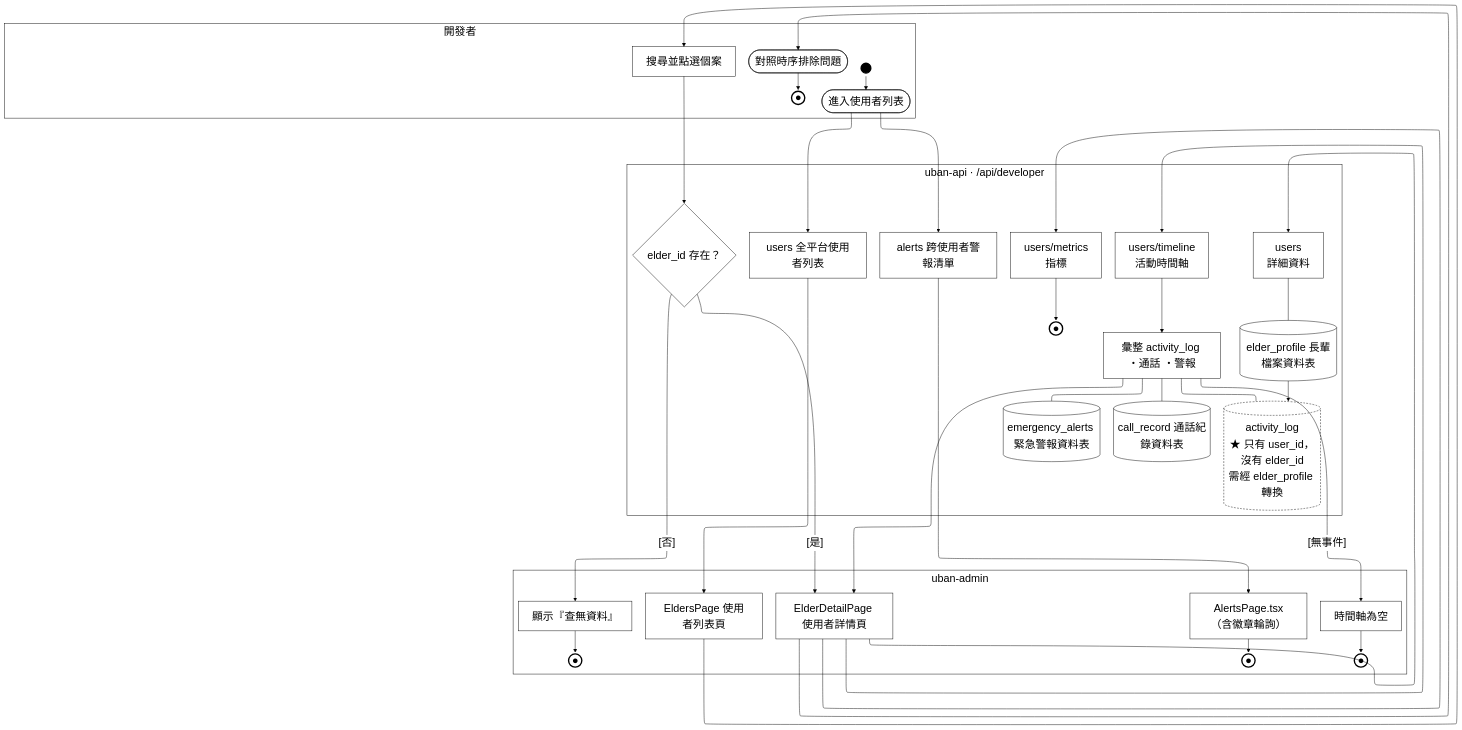
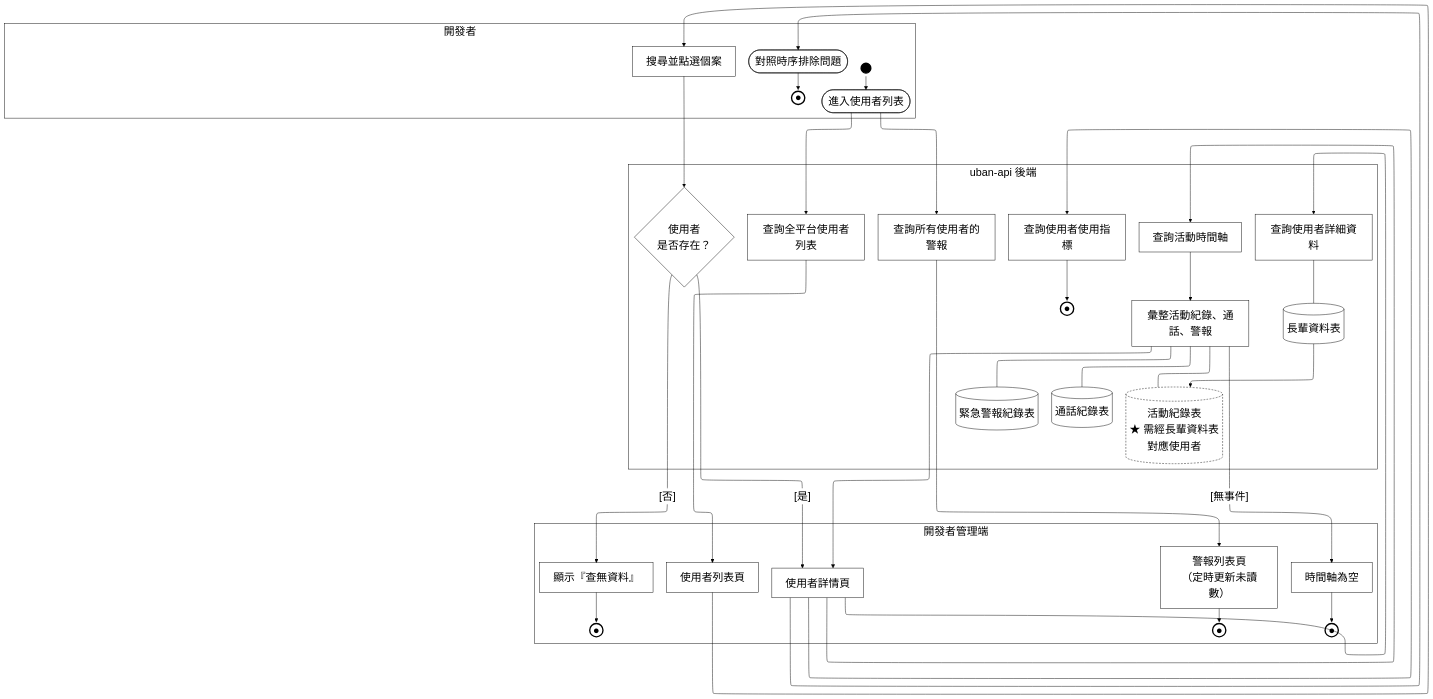
One commit to HuangYu-Kai/Uban changed the diagram in Uban System Documents/mermaid原始碼/A26-使用者除錯.mmd. Above: the diagram before and after it, drawn with Mermaid. The commit also changed 32 other files, not shown here.

```diff
--- a/Uban System Documents/mermaid原始碼/A26-使用者除錯.mmd
+++ b/Uban System Documents/mermaid原始碼/A26-使用者除錯.mmd
@@ -1,71 +1,71 @@
 %%{init:{"layout":"elk","elk":{"mergeEdges":false,"nodePlacementStrategy":"NETWORK_SIMPLEX"},"flowchart":{"htmlLabels":true},"themeVariables":{"clusterBkg":"#FFFFFF","clusterBorder":"#000000","edgeLabelBackground":"#FFFFFF","textColor":"#000000","nodeTextColor":"#000000","titleColor":"#000000","lineColor":"#000000","fontSize":"24px"}}}%%
 flowchart TD
   subgraph ROLE["開發者"]
     PAD_ROLE["&nbsp;&nbsp;&nbsp;&nbsp;&nbsp;&nbsp;&nbsp;&nbsp;&nbsp;&nbsp;&nbsp;&nbsp;&nbsp;&nbsp;&nbsp;&nbsp;&nbsp;&nbsp;&nbsp;&nbsp;&nbsp;&nbsp;&nbsp;&nbsp;&nbsp;&nbsp;&nbsp;&nbsp;&nbsp;&nbsp;&nbsp;&nbsp;&nbsp;&nbsp;&nbsp;&nbsp;&nbsp;&nbsp;&nbsp;&nbsp;&nbsp;&nbsp;&nbsp;&nbsp;&nbsp;&nbsp;&nbsp;&nbsp;&nbsp;&nbsp;&nbsp;&nbsp;&nbsp;&nbsp;&nbsp;&nbsp;&nbsp;&nbsp;&nbsp;&nbsp;&nbsp;&nbsp;&nbsp;&nbsp;&nbsp;&nbsp;&nbsp;&nbsp;&nbsp;&nbsp;&nbsp;&nbsp;&nbsp;&nbsp;&nbsp;&nbsp;&nbsp;&nbsp;&nbsp;&nbsp;&nbsp;&nbsp;&nbsp;&nbsp;&nbsp;&nbsp;&nbsp;&nbsp;&nbsp;&nbsp;&nbsp;&nbsp;&nbsp;&nbsp;&nbsp;&nbsp;&nbsp;&nbsp;&nbsp;&nbsp;&nbsp;&nbsp;&nbsp;&nbsp;&nbsp;&nbsp;&nbsp;&nbsp;&nbsp;&nbsp;&nbsp;&nbsp;&nbsp;&nbsp;&nbsp;&nbsp;&nbsp;&nbsp;&nbsp;&nbsp;&nbsp;&nbsp;&nbsp;&nbsp;&nbsp;&nbsp;&nbsp;&nbsp;&nbsp;&nbsp;&nbsp;&nbsp;&nbsp;&nbsp;&nbsp;&nbsp;&nbsp;&nbsp;&nbsp;&nbsp;&nbsp;&nbsp;&nbsp;&nbsp;&nbsp;&nbsp;&nbsp;&nbsp;&nbsp;&nbsp;&nbsp;&nbsp;&nbsp;&nbsp;&nbsp;&nbsp;&nbsp;&nbsp;&nbsp;&nbsp;&nbsp;&nbsp;&nbsp;&nbsp;&nbsp;&nbsp;&nbsp;&nbsp;&nbsp;&nbsp;&nbsp;&nbsp;&nbsp;&nbsp;&nbsp;&nbsp;&nbsp;&nbsp;&nbsp;&nbsp;&nbsp;&nbsp;&nbsp;&nbsp;&nbsp;&nbsp;&nbsp;&nbsp;&nbsp;&nbsp;&nbsp;&nbsp;&nbsp;&nbsp;"]:::pad
     ST_S1(("&nbsp;")):::term
     S1([進入使用者列表]):::act
     S2["搜尋並點選個案"]:::act
     S3(["對照時序排除問題"]):::act
     EN_S3(("●")):::endterm
   end
-  subgraph FE["uban-admin"]
+  subgraph FE["開發者管理端"]
     PAD_FE["&nbsp;&nbsp;&nbsp;&nbsp;&nbsp;&nbsp;&nbsp;&nbsp;&nbsp;&nbsp;&nbsp;&nbsp;&nbsp;&nbsp;&nbsp;&nbsp;&nbsp;&nbsp;&nbsp;&nbsp;&nbsp;&nbsp;&nbsp;&nbsp;&nbsp;&nbsp;&nbsp;&nbsp;&nbsp;&nbsp;&nbsp;&nbsp;&nbsp;&nbsp;&nbsp;&nbsp;&nbsp;&nbsp;&nbsp;&nbsp;&nbsp;&nbsp;&nbsp;&nbsp;&nbsp;&nbsp;&nbsp;&nbsp;&nbsp;&nbsp;&nbsp;&nbsp;&nbsp;&nbsp;&nbsp;&nbsp;&nbsp;&nbsp;&nbsp;&nbsp;&nbsp;&nbsp;&nbsp;&nbsp;&nbsp;&nbsp;&nbsp;&nbsp;&nbsp;&nbsp;&nbsp;&nbsp;&nbsp;&nbsp;&nbsp;&nbsp;&nbsp;&nbsp;&nbsp;&nbsp;&nbsp;"]:::pad
-    A1["EldersPage 使用者列表頁"]:::act
-    A2["ElderDetailPage 使用者詳情頁"]:::act
-    A3["AlertsPage.tsx（含徽章輪詢）"]:::act
+    A1["使用者列表頁"]:::act
+    A2["使用者詳情頁"]:::act
+    A3["警報列表頁<br/>（定時更新未讀數）"]:::act
     EN_A3(("●")):::endterm
     A4["顯示『查無資料』"]:::act
     EN_A4(("●")):::endterm
     A5["時間軸為空"]:::act
     EN_A5(("●")):::endterm
   end
-  subgraph BE["uban-api · /api/developer"]
-    B1["users 全平台使用者列表"]:::act
-    B2{"elder_id 存在？"}:::dec
-    B3["users<br/>詳細資料"]:::act
-    B4["users/metrics<br/>指標"]:::act
+  subgraph BE["uban-api 後端"]
+    B1["查詢全平台使用者列表"]:::act
+    B2{"使用者<br/>是否存在？"}:::dec
+    B3["查詢使用者詳細資料"]:::act
+    B4["查詢使用者使用指標"]:::act
     EN_B4(("●")):::endterm
-    B5["users/timeline<br/>活動時間軸"]:::act
-    B6["alerts 跨使用者警報清單"]:::act
-    B7["彙整 activity_log ・通話 ・警報"]:::act
-    D1[("elder_profile 長輩檔案資料表")]:::act
-    D2[("activity_log<br/>★ 只有 user_id，沒有 elder_id<br/>需經 elder_profile 轉換")]:::gap
-    D3[("call_record 通話紀錄資料表")]:::act
-    D4[("emergency_alerts 緊急警報資料表")]:::act
+    B5["查詢活動時間軸"]:::act
+    B6["查詢所有使用者的警報"]:::act
+    B7["彙整活動紀錄、通話、警報"]:::act
+    D1[("長輩資料表")]:::act
+    D2[("活動紀錄表<br/>★ 需經長輩資料表對應使用者")]:::gap
+    D3[("通話紀錄表")]:::act
+    D4[("緊急警報紀錄表")]:::act
   end
 
   ST_S1 --> S1
   S1 --> B1
   B1 --> A1
   A1 --> S2
   S2 --> B2
   B2 -->|"[否]"| A4
   B2 -->|"[是]"| A2
   A2 --> B3
   B3 --- D1
   A2 --> B4
   A2 --> B5
   B5 --> B7
   D1 --> D2
   B7 --- D2
   B7 --- D3
   B7 --- D4
   B7 --> A2
   A2 --> S3
   B7 -->|"[無事件]"| A5
   S1 --> B6
   B6 --> A3
   S3 --> EN_S3
   A3 --> EN_A3
   A4 --> EN_A4
   A5 --> EN_A5
   B4 --> EN_B4
   %% 鎖住泳道順序：ELK 不照宣告順序排，沒有這條鏈後端會跑到最上面
   ROLE ~~~ FE ~~~ BE
 
   classDef pad  fill:none,stroke:none,color:#FFFFFF
   classDef act  fill:#FFFFFF,stroke:#000000,stroke-width:1px,color:#000000
   classDef dec  fill:#FFFFFF,stroke:#000000,stroke-width:1px,color:#000000
   classDef term fill:#000000,stroke:#000000,stroke-width:3px,color:#000000
   classDef endterm fill:#FFFFFF,stroke:#000000,stroke-width:3px,color:#000000
   classDef gap  fill:#FFFFFF,stroke:#000000,stroke-width:1px,color:#000000,stroke-dasharray:4 3
```
